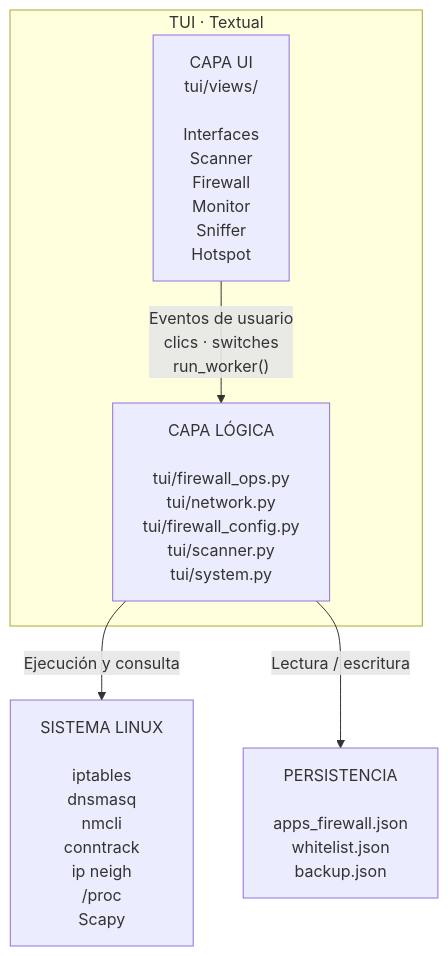
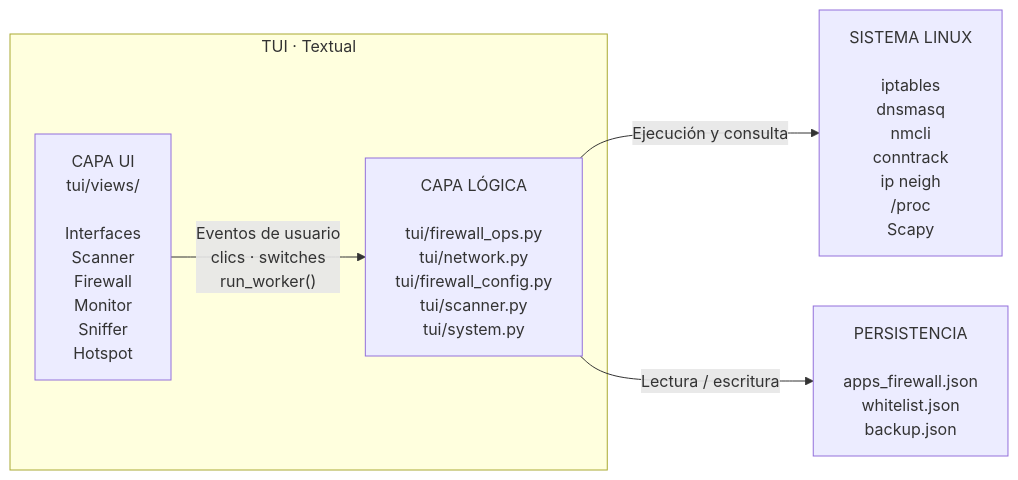
Before and after one commit to 00Danii/Ayanami: the first of 7 diagrams in ManualProgramador.md, drawn with Mermaid.

Commit message:
refactor: Diagrama arquitectonico de TB a LR

````diff
--- a/ManualProgramador.md
+++ b/ManualProgramador.md
@@ -44,16 +44,16 @@
 ```mermaid
-flowchart TB
+flowchart LR
     subgraph TUI["TUI · Textual"]
         VIEWS["CAPA UI<br/>tui/views/<br/><br/>Interfaces<br/>Scanner<br/>Firewall<br/>Monitor<br/>Sniffer<br/>Hotspot"]
 
         LOGIC["CAPA LÓGICA<br/><br/>tui/firewall_ops.py<br/>tui/network.py<br/>tui/firewall_config.py<br/>tui/scanner.py<br/>tui/system.py"]
     end
 
     SYSTEM["SISTEMA LINUX<br/><br/>iptables<br/>dnsmasq<br/>nmcli<br/>conntrack<br/>ip neigh<br/>/proc<br/>Scapy"]
 
     JSON["PERSISTENCIA<br/><br/>apps_firewall.json<br/>whitelist.json<br/>backup.json"]
 
     VIEWS -->|"Eventos de usuario<br/>clics · switches<br/>run_worker()"| LOGIC
     LOGIC -->|"Ejecución y consulta"| SYSTEM
     LOGIC -->|"Lectura / escritura"| JSON
 ```
````
